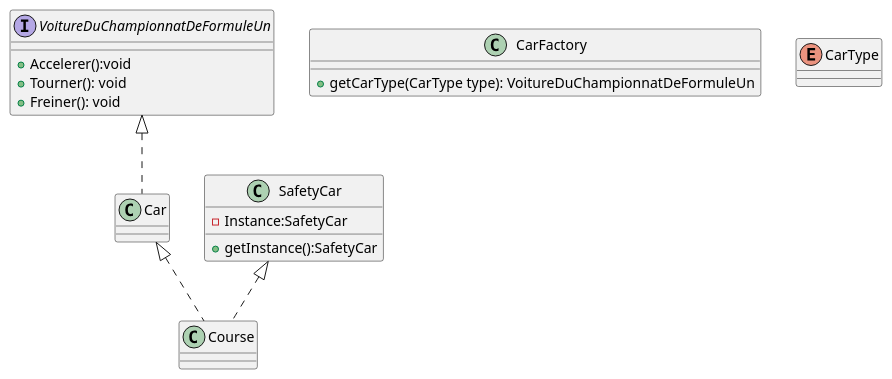
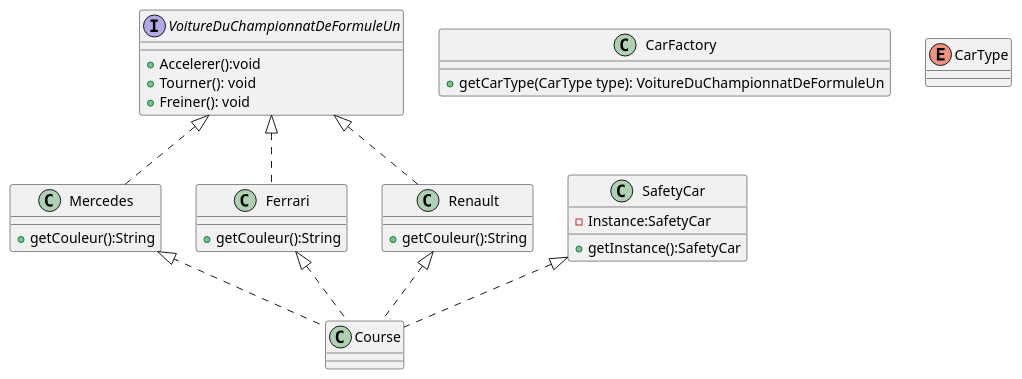
Before and after one commit to ElFamosoRandom/design-pattern: the diagram in src/uml/example.puml, drawn with PlantUML. The commit also changed 13 other files, not shown here.

Commit message:
Finalisation travail : Suppression des classes inutiles, création des tests, création des méthodes, modification de L'UML

```diff
--- a/src/uml/example.puml
+++ b/src/uml/example.puml
@@ -1,30 +1,43 @@
 @startuml Voiture
 interface VoitureDuChampionnatDeFormuleUn {
      + Accelerer():void  
      + Tourner(): void
      + Freiner(): void
 }
 
 
 class SafetyCar{
      - Instance:SafetyCar
      + getInstance():SafetyCar
 }
 
-Class CarFactory{
+class CarFactory{
      + getCarType(CarType type): VoitureDuChampionnatDeFormuleUn
+}
+
+class Mercedes{
+     + getCouleur():String 
+}
+
+class Ferrari{
+     + getCouleur():String 
+}
+
+class Renault{
+     + getCouleur():String 
 }
 
 enum CarType
 
-class Car
-
 class Course
 
-
-VoitureDuChampionnatDeFormuleUn <|.. Car
-Car <|.. Course
+VoitureDuChampionnatDeFormuleUn <|.. Mercedes
+VoitureDuChampionnatDeFormuleUn <|.. Ferrari
+VoitureDuChampionnatDeFormuleUn <|.. Renault
+Mercedes <|.. Course
+Ferrari <|.. Course
+Renault <|.. Course
 SafetyCar <|.. Course
 
 
 @enduml
```
